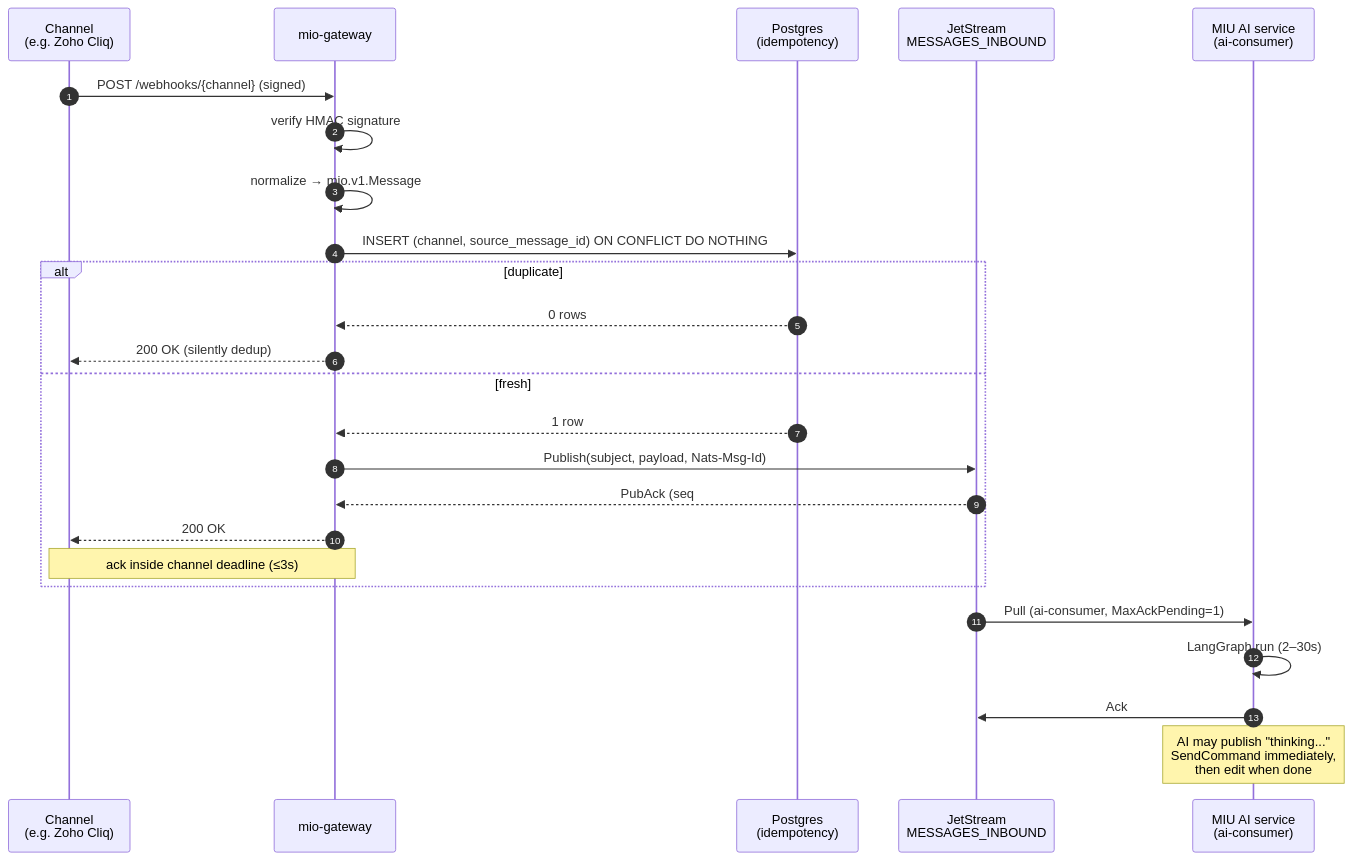
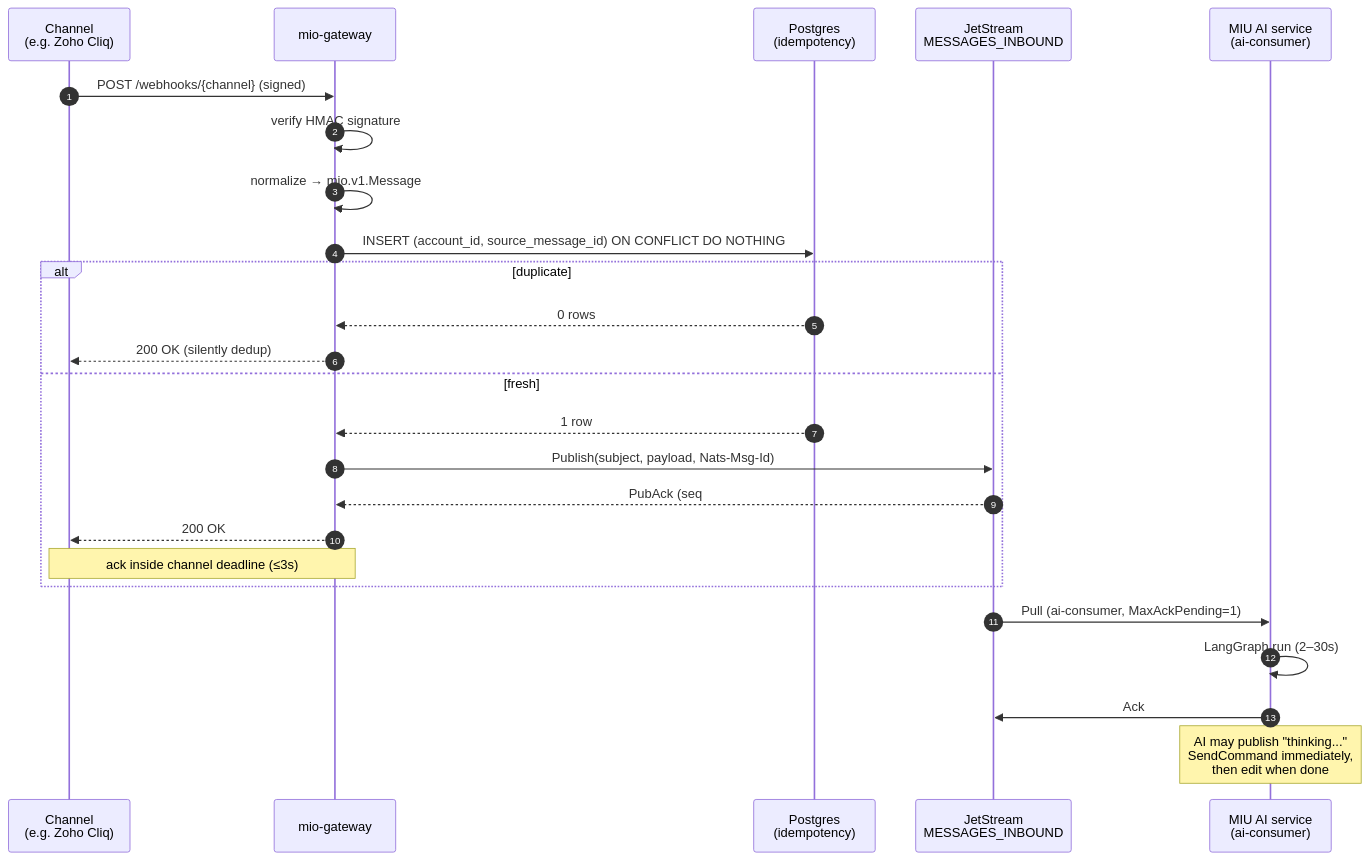
One commit to vanducng/mio changed the second of 4 diagrams in docs/system-architecture.md. Above: the diagram before and after it, drawn with Mermaid. The commit also changed other lines of this file and 7 other files, not shown here.

````diff
--- a/docs/system-architecture.md
+++ b/docs/system-architecture.md
@@ -93,29 +93,29 @@
 ```mermaid
 sequenceDiagram
   autonumber
   participant Ch as Channel<br/>(e.g. Zoho Cliq)
   participant GW as mio-gateway
   participant DB as Postgres<br/>(idempotency)
   participant JS as JetStream<br/>MESSAGES_INBOUND
   participant AI as MIU AI service<br/>(ai-consumer)
 
   Ch->>GW: POST /webhooks/{channel} (signed)
   GW->>GW: verify HMAC signature
   GW->>GW: normalize → mio.v1.Message
-  GW->>DB: INSERT (channel, source_message_id) ON CONFLICT DO NOTHING
+  GW->>DB: INSERT (account_id, source_message_id) ON CONFLICT DO NOTHING
   alt duplicate
     DB-->>GW: 0 rows
     GW-->>Ch: 200 OK (silently dedup)
   else fresh
     DB-->>GW: 1 row
     GW->>JS: Publish(subject, payload, Nats-Msg-Id)
     JS-->>GW: PubAck (seq#)
     GW-->>Ch: 200 OK
     Note over GW,Ch: ack inside channel deadline (≤3s)
   end
 
   JS->>AI: Pull (ai-consumer, MaxAckPending=1)
   AI->>AI: LangGraph run (2–30s)
   AI->>JS: Ack
   Note over AI: AI may publish "thinking..."<br/>SendCommand immediately,<br/>then edit when done
 ```
````
